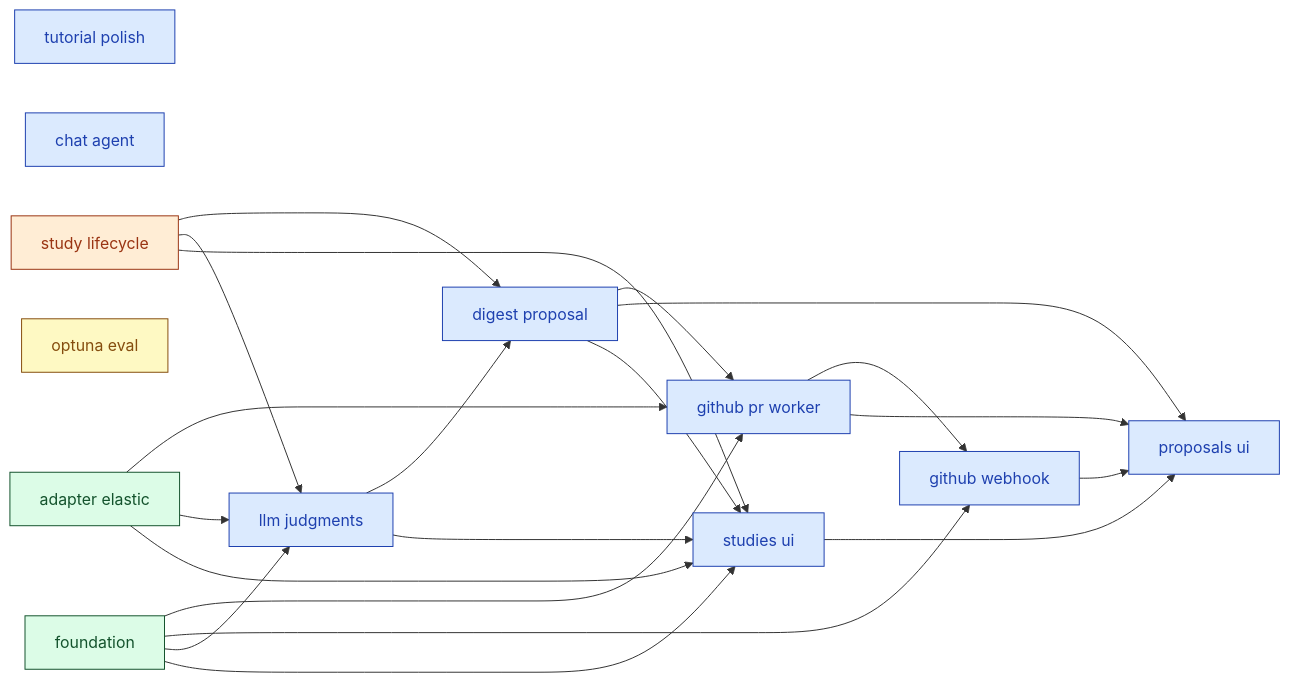
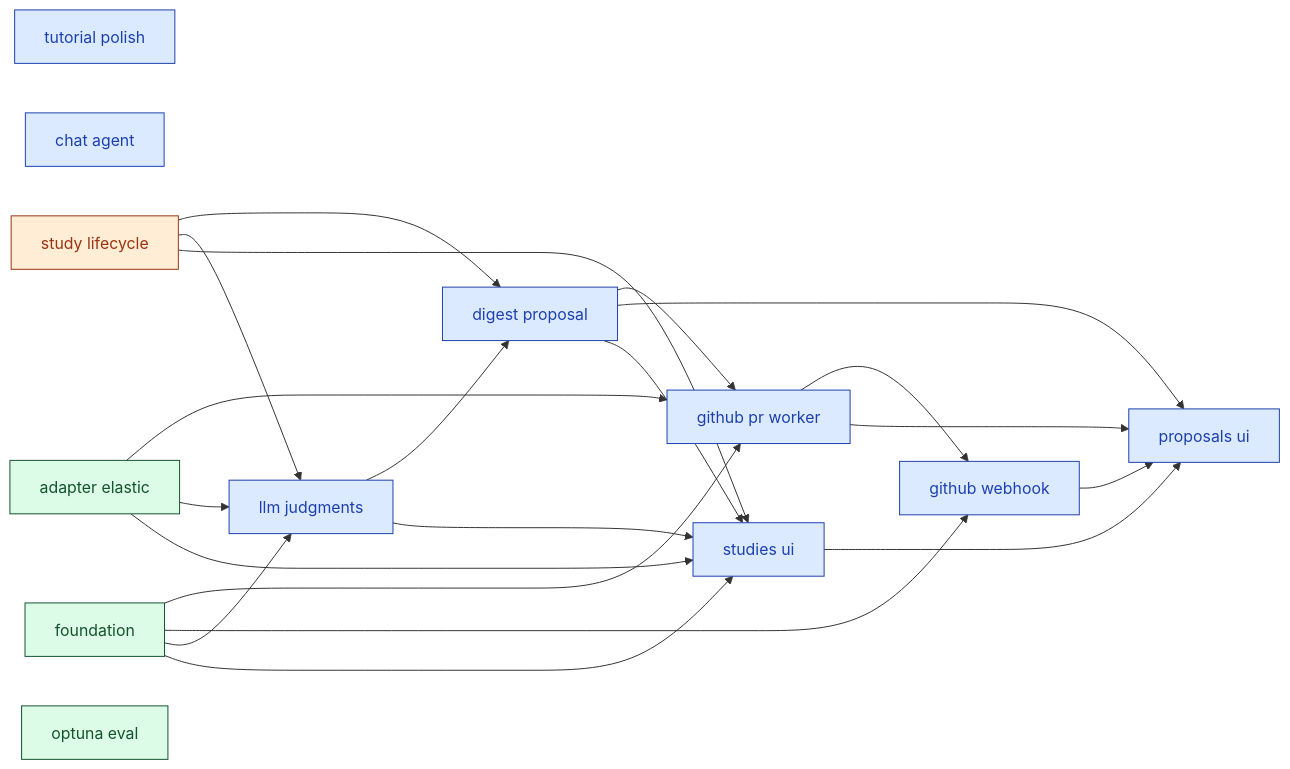
One commit to SoundMindsAI/relyloop changed the diagram in docs/00_overview/MVP1_DASHBOARD.md. Above: the diagram before and after it, drawn with Mermaid. The commit also changed other lines of this file and 7 other files, not shown here.

First line of the commit message:
docs: move infra_optuna_eval to implemented_features, update state.md (#24)

````diff
--- a/docs/00_overview/MVP1_DASHBOARD.md
+++ b/docs/00_overview/MVP1_DASHBOARD.md
@@ -66,51 +65,51 @@
 ```mermaid
 graph LR
   classDef done fill:#dcfce7,stroke:#14532d,color:#14532d;
   classDef implement fill:#ffedd5,stroke:#9a3412,color:#9a3412;
   classDef plan fill:#fef9c3,stroke:#854d0e,color:#854d0e;
   classDef spec fill:#dbeafe,stroke:#1e40af,color:#1e40af;
   classDef idea fill:#f1f5f9,stroke:#334155,color:#334155;
   chore_tutorial_polish["tutorial polish"]
   class chore_tutorial_polish spec;
   feat_chat_agent["chat agent"]
   class feat_chat_agent spec;
   feat_digest_proposal["digest proposal"]
   class feat_digest_proposal spec;
   feat_github_pr_worker["github pr worker"]
   class feat_github_pr_worker spec;
   feat_github_webhook["github webhook"]
   class feat_github_webhook spec;
   feat_llm_judgments["llm judgments"]
   class feat_llm_judgments spec;
   feat_proposals_ui["proposals ui"]
   class feat_proposals_ui spec;
   feat_studies_ui["studies ui"]
   class feat_studies_ui spec;
   feat_study_lifecycle["study lifecycle"]
   class feat_study_lifecycle implement;
-  infra_optuna_eval["optuna eval"]
-  class infra_optuna_eval plan;
   infra_foundation["foundation"]
   class infra_foundation done;
   infra_adapter_elastic["adapter elastic"]
   class infra_adapter_elastic done;
+  infra_optuna_eval["optuna eval"]
+  class infra_optuna_eval done;
   feat_study_lifecycle --> feat_digest_proposal
   feat_llm_judgments --> feat_digest_proposal
   infra_foundation --> feat_github_pr_worker
   infra_adapter_elastic --> feat_github_pr_worker
   feat_digest_proposal --> feat_github_pr_worker
   infra_foundation --> feat_github_webhook
   feat_github_pr_worker --> feat_github_webhook
   infra_foundation --> feat_llm_judgments
   infra_adapter_elastic --> feat_llm_judgments
   feat_study_lifecycle --> feat_llm_judgments
   feat_studies_ui --> feat_proposals_ui
   feat_digest_proposal --> feat_proposals_ui
   feat_github_pr_worker --> feat_proposals_ui
   feat_github_webhook --> feat_proposals_ui
   infra_foundation --> feat_studies_ui
   feat_study_lifecycle --> feat_studies_ui
   feat_digest_proposal --> feat_studies_ui
   feat_llm_judgments --> feat_studies_ui
   infra_adapter_elastic --> feat_studies_ui
 ```
````
